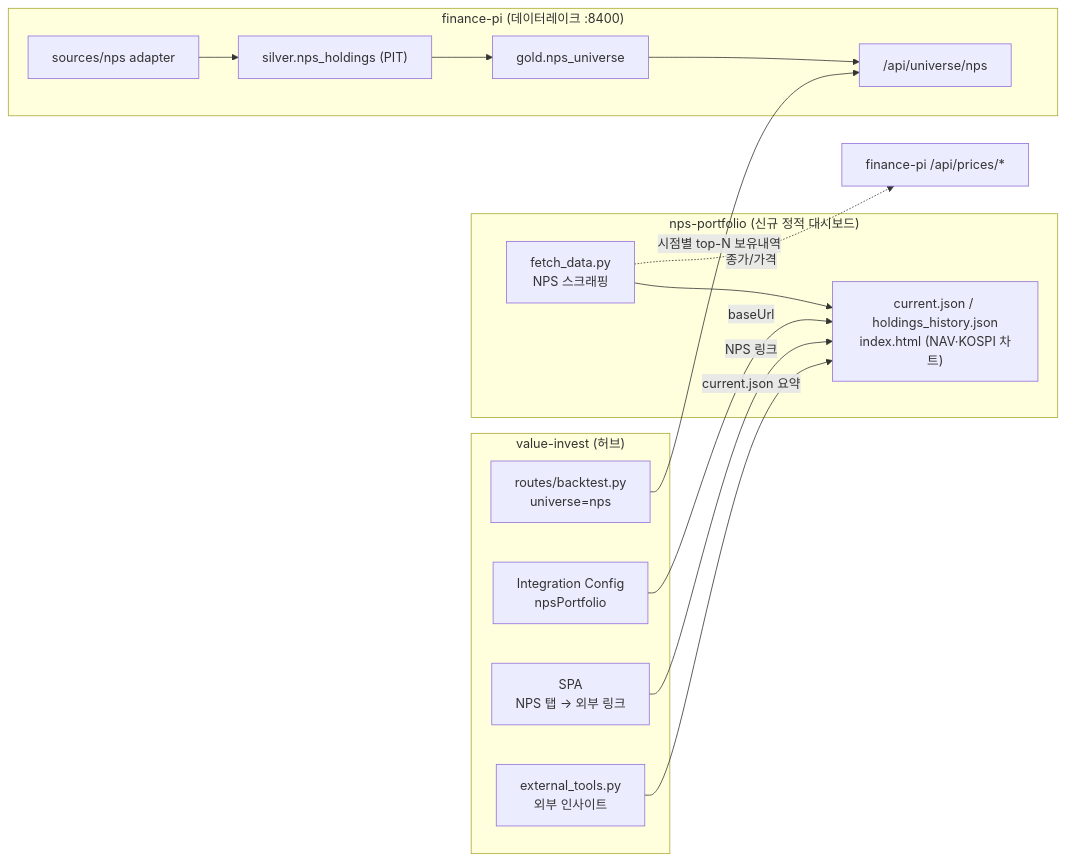
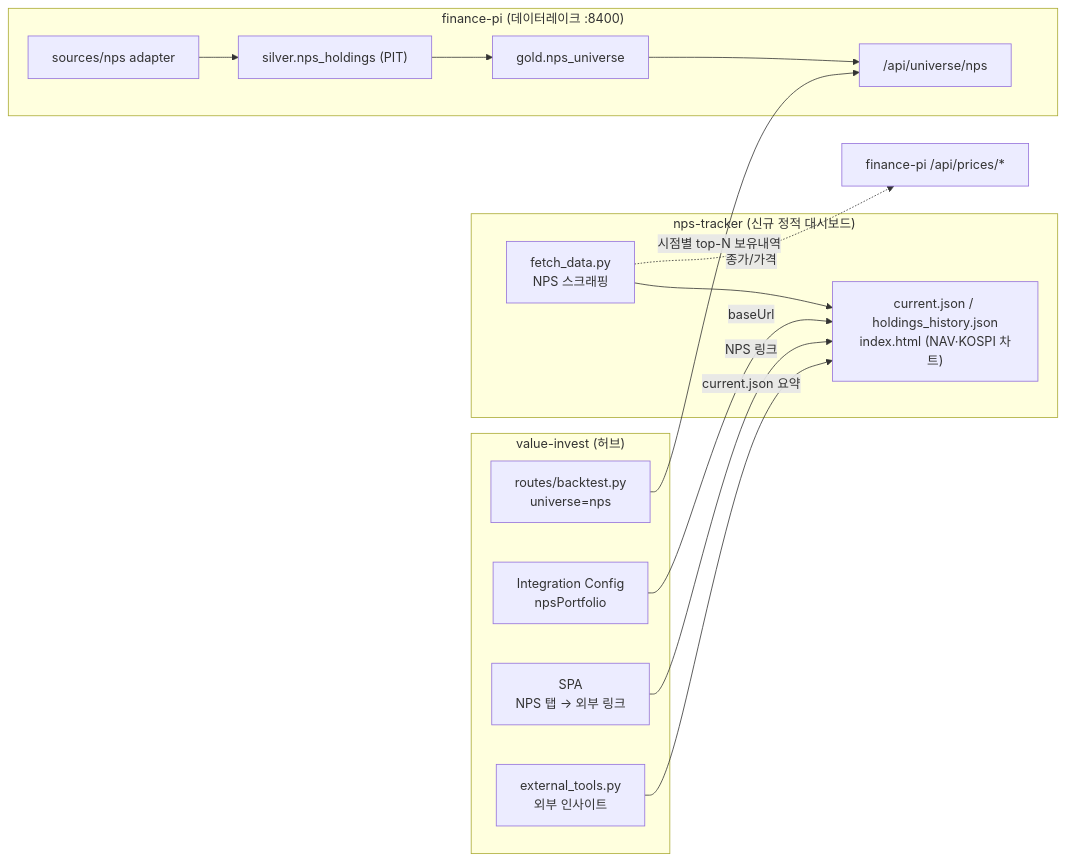
Before and after one commit to ducklove/value-invest: the diagram in docs/nps-separation-plan.md, drawn with Mermaid. The commit also changed other lines of this file, not shown here.

First line of the commit message:
NPS 분리 계획 결정사항 확정

````diff
--- a/docs/nps-separation-plan.md
+++ b/docs/nps-separation-plan.md
@@ -42,29 +42,29 @@
 ```mermaid
 flowchart LR
   subgraph Hub["value-invest (허브)"]
     BT["routes/backtest.py<br/>universe=nps"]
     INT["Integration Config<br/>npsPortfolio"]
     EXT["external_tools.py<br/>외부 인사이트"]
     STATIC["SPA<br/>NPS 탭 → 외부 링크"]
   end
 
-  subgraph NppDash["nps-portfolio (신규 정적 대시보드)"]
+  subgraph NppDash["nps-tracker (신규 정적 대시보드)"]
     FETCH["fetch_data.py<br/>NPS 스크래핑"]
     PUB["current.json / holdings_history.json<br/>index.html (NAV·KOSPI 차트)"]
   end
 
   subgraph FinPi["finance-pi (데이터레이크 :8400)"]
     SRC["sources/nps adapter"]
     SILVER["silver.nps_holdings (PIT)"]
     GOLD["gold.nps_universe"]
     API["/api/universe/nps"]
   end
 
   FETCH --> PUB
   SRC --> SILVER --> GOLD --> API
   FETCH -. "종가/가격" .-> API2["finance-pi /api/prices/*"]
   BT -->|"시점별 top-N 보유내역"| API
   INT -->|"baseUrl"| PUB
   STATIC -->|"NPS 링크"| PUB
   EXT -->|"current.json 요약"| PUB
 ```
````
